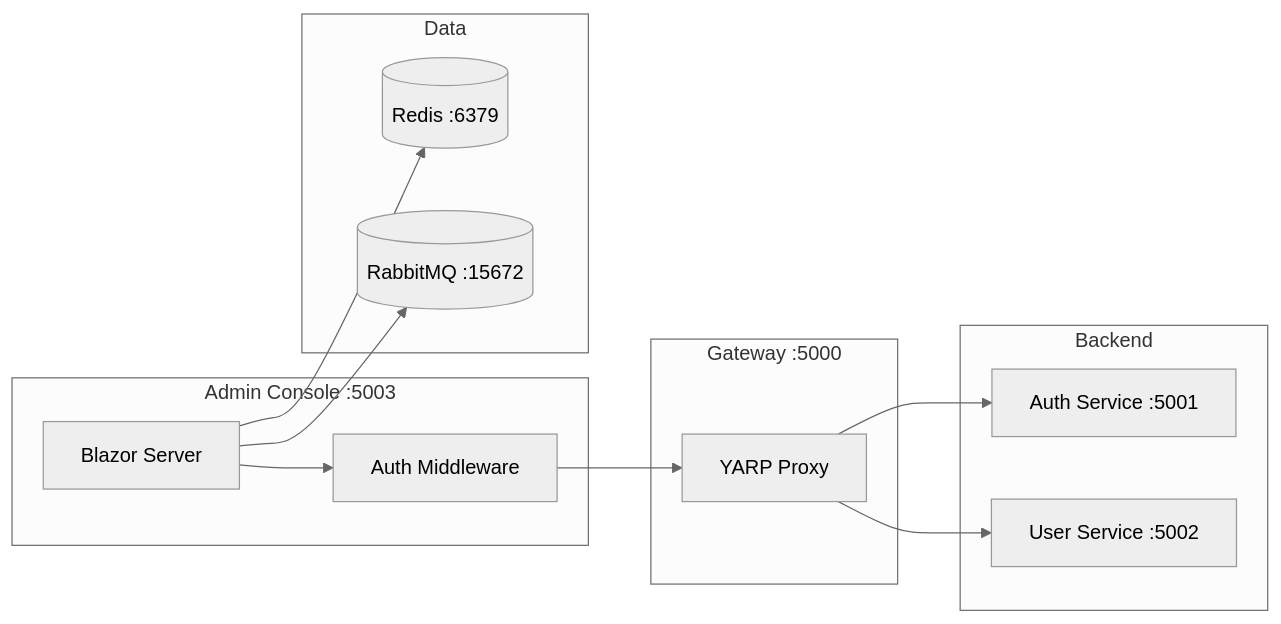
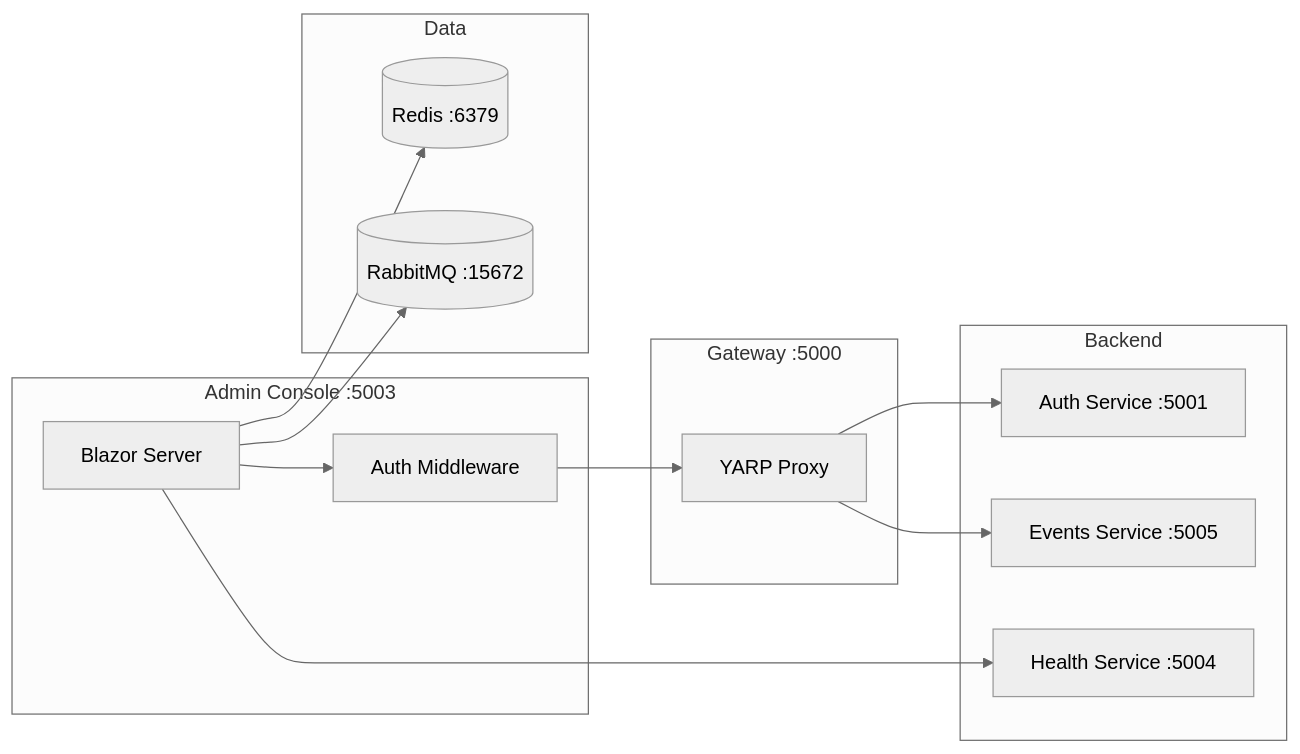
The diagram in docs/guide/clients/admin.md (Nechja/hellArch), drawn with Mermaid (neutral theme) before and after one commit. The commit also changed 34 other files, not shown here.

````diff
--- a/docs/guide/clients/admin.md
+++ b/docs/guide/clients/admin.md
@@ -29,28 +29,30 @@
 ```mermaid
 graph LR
     subgraph Admin Console :5003
         BLAZOR[Blazor Server]
         MW[Auth Middleware]
     end
 
     subgraph Gateway :5000
         YARP[YARP Proxy]
     end
 
     subgraph Backend
         AUTH[Auth Service :5001]
-        USER[User Service :5002]
+        EVENTS[Events Service :5005]
+        HEALTH[Health Service :5004]
     end
 
     subgraph Data
         REDIS[(Redis :6379)]
         RMQ[(RabbitMQ :15672)]
     end
 
     BLAZOR --> MW
     MW --> YARP
     YARP --> AUTH
-    YARP --> USER
+    YARP --> EVENTS
+    BLAZOR --> HEALTH
     BLAZOR --> REDIS
     BLAZOR --> RMQ
 ```
````
